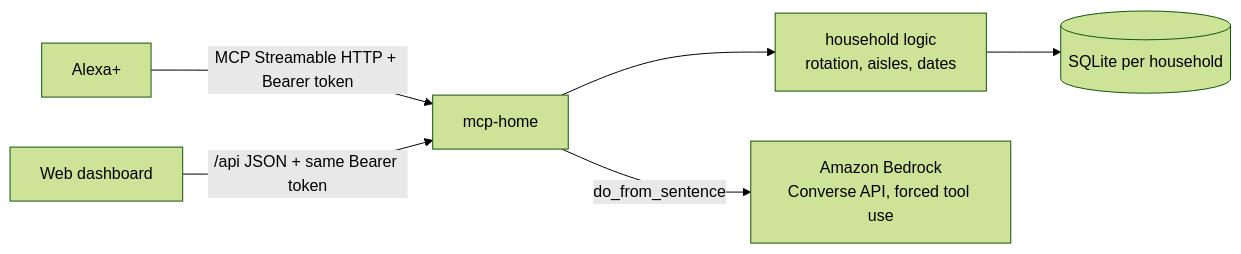
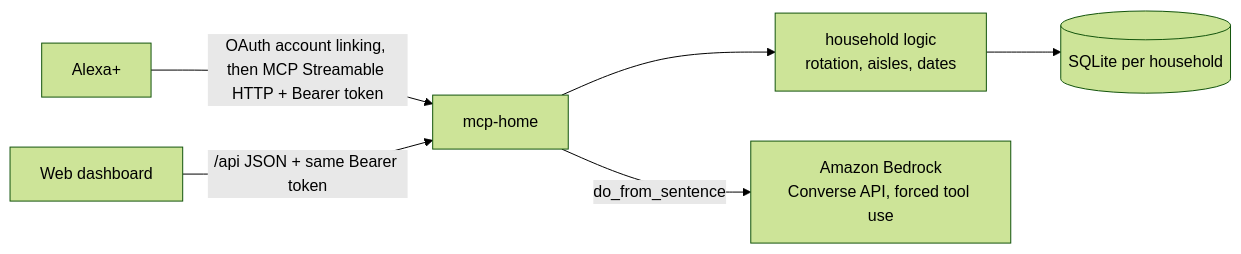
Before and after one commit to carlogiovannifalocco-byte/mcp-home: the diagram in README.md, drawn with Mermaid (forest theme). The commit also changed other lines of this file and 5 other files, not shown here.

First line of the commit message:
Add OAuth 2.1 account linking for Alexa+

````diff
--- a/README.md
+++ b/README.md
@@ -63,8 +63,8 @@
 ```mermaid
 flowchart LR
-  A[Alexa+] -- MCP Streamable HTTP + Bearer token --> S[mcp-home]
+  A[Alexa+] -- OAuth account linking, then MCP Streamable HTTP + Bearer token --> S[mcp-home]
   W[Web dashboard] -- /api JSON + same Bearer token --> S
   S --> L[household logic<br/>rotation, aisles, dates]
   L --> D[(SQLite per household)]
   S -- do_from_sentence --> B[Amazon Bedrock<br/>Converse API, forced tool use]
 ```
````
